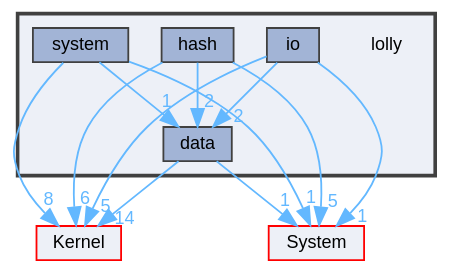
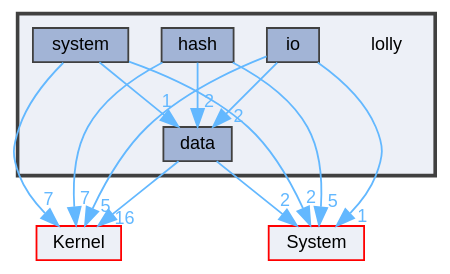
One commit to XmacsLabs/lolly changed the diagram in dir_4e4e38b7a3cbd015b31043c806009c51_dep.dot. Above: the diagram before and after it, drawn with Graphviz. The commit also changed 947 other files, not shown here.

```diff
--- a/dir_4e4e38b7a3cbd015b31043c806009c51_dep.dot
+++ b/dir_4e4e38b7a3cbd015b31043c806009c51_dep.dot
@@ -1,29 +1,29 @@
 digraph "lolly"
 {
  // LATEX_PDF_SIZE
   bgcolor="transparent";
   edge [fontname=Helvetica,fontsize=10,labelfontname=Helvetica,labelfontsize=10];
   node [fontname=Helvetica,fontsize=10,shape=box,height=0.2,width=0.4];
   compound=true
   subgraph clusterdir_4e4e38b7a3cbd015b31043c806009c51 {
     graph [ bgcolor="#edf0f7", pencolor="grey25", label="", fontname=Helvetica,fontsize=10 style="filled,bold", URL="dir_4e4e38b7a3cbd015b31043c806009c51.html",tooltip=""]
     dir_4e4e38b7a3cbd015b31043c806009c51 [shape=plaintext, label="lolly"];
   dir_7d7415eea8157022d4b7478c2ca2ea49 [label="data", fillcolor="#a2b4d6", color="grey25", style="filled", URL="dir_7d7415eea8157022d4b7478c2ca2ea49.html",tooltip=""];
   dir_777c5b6c15201a7a83c1576ee664a918 [label="hash", fillcolor="#a2b4d6", color="grey25", style="filled", URL="dir_777c5b6c15201a7a83c1576ee664a918.html",tooltip=""];
   dir_5dbbbea8d3d07cb325b7c0e63f9dedfb [label="io", fillcolor="#a2b4d6", color="grey25", style="filled", URL="dir_5dbbbea8d3d07cb325b7c0e63f9dedfb.html",tooltip=""];
   dir_8ba5d07975f70f697a351c2217e28ca6 [label="system", fillcolor="#a2b4d6", color="grey25", style="filled", URL="dir_8ba5d07975f70f697a351c2217e28ca6.html",tooltip=""];
   }
   dir_52bed8acfaac088d5968cb2c84d7645d [label="Kernel", fillcolor="#edf0f7", color="red", style="filled", URL="dir_52bed8acfaac088d5968cb2c84d7645d.html",tooltip=""];
   dir_9af51e3826d4f9e80d9103b2de543e84 [label="System", fillcolor="#edf0f7", color="red", style="filled", URL="dir_9af51e3826d4f9e80d9103b2de543e84.html",tooltip=""];
-  dir_7d7415eea8157022d4b7478c2ca2ea49->dir_52bed8acfaac088d5968cb2c84d7645d [headlabel="14", labeldistance=1.5 headhref="dir_000012_000030.html" href="dir_000012_000030.html" color="steelblue1" fontcolor="steelblue1"];
-  dir_7d7415eea8157022d4b7478c2ca2ea49->dir_9af51e3826d4f9e80d9103b2de543e84 [headlabel="1", labeldistance=1.5 headhref="dir_000012_000046.html" href="dir_000012_000046.html" color="steelblue1" fontcolor="steelblue1"];
-  dir_777c5b6c15201a7a83c1576ee664a918->dir_52bed8acfaac088d5968cb2c84d7645d [headlabel="6", labeldistance=1.5 headhref="dir_000021_000030.html" href="dir_000021_000030.html" color="steelblue1" fontcolor="steelblue1"];
+  dir_7d7415eea8157022d4b7478c2ca2ea49->dir_52bed8acfaac088d5968cb2c84d7645d [headlabel="16", labeldistance=1.5 headhref="dir_000012_000030.html" href="dir_000012_000030.html" color="steelblue1" fontcolor="steelblue1"];
+  dir_7d7415eea8157022d4b7478c2ca2ea49->dir_9af51e3826d4f9e80d9103b2de543e84 [headlabel="2", labeldistance=1.5 headhref="dir_000012_000046.html" href="dir_000012_000046.html" color="steelblue1" fontcolor="steelblue1"];
+  dir_777c5b6c15201a7a83c1576ee664a918->dir_52bed8acfaac088d5968cb2c84d7645d [headlabel="7", labeldistance=1.5 headhref="dir_000021_000030.html" href="dir_000021_000030.html" color="steelblue1" fontcolor="steelblue1"];
   dir_777c5b6c15201a7a83c1576ee664a918->dir_7d7415eea8157022d4b7478c2ca2ea49 [headlabel="2", labeldistance=1.5 headhref="dir_000021_000012.html" href="dir_000021_000012.html" color="steelblue1" fontcolor="steelblue1"];
   dir_777c5b6c15201a7a83c1576ee664a918->dir_9af51e3826d4f9e80d9103b2de543e84 [headlabel="5", labeldistance=1.5 headhref="dir_000021_000046.html" href="dir_000021_000046.html" color="steelblue1" fontcolor="steelblue1"];
   dir_5dbbbea8d3d07cb325b7c0e63f9dedfb->dir_52bed8acfaac088d5968cb2c84d7645d [headlabel="5", labeldistance=1.5 headhref="dir_000024_000030.html" href="dir_000024_000030.html" color="steelblue1" fontcolor="steelblue1"];
   dir_5dbbbea8d3d07cb325b7c0e63f9dedfb->dir_7d7415eea8157022d4b7478c2ca2ea49 [headlabel="2", labeldistance=1.5 headhref="dir_000024_000012.html" href="dir_000024_000012.html" color="steelblue1" fontcolor="steelblue1"];
   dir_5dbbbea8d3d07cb325b7c0e63f9dedfb->dir_9af51e3826d4f9e80d9103b2de543e84 [headlabel="1", labeldistance=1.5 headhref="dir_000024_000046.html" href="dir_000024_000046.html" color="steelblue1" fontcolor="steelblue1"];
-  dir_8ba5d07975f70f697a351c2217e28ca6->dir_52bed8acfaac088d5968cb2c84d7645d [headlabel="8", labeldistance=1.5 headhref="dir_000045_000030.html" href="dir_000045_000030.html" color="steelblue1" fontcolor="steelblue1"];
+  dir_8ba5d07975f70f697a351c2217e28ca6->dir_52bed8acfaac088d5968cb2c84d7645d [headlabel="7", labeldistance=1.5 headhref="dir_000045_000030.html" href="dir_000045_000030.html" color="steelblue1" fontcolor="steelblue1"];
   dir_8ba5d07975f70f697a351c2217e28ca6->dir_7d7415eea8157022d4b7478c2ca2ea49 [headlabel="1", labeldistance=1.5 headhref="dir_000045_000012.html" href="dir_000045_000012.html" color="steelblue1" fontcolor="steelblue1"];
-  dir_8ba5d07975f70f697a351c2217e28ca6->dir_9af51e3826d4f9e80d9103b2de543e84 [headlabel="1", labeldistance=1.5 headhref="dir_000045_000046.html" href="dir_000045_000046.html" color="steelblue1" fontcolor="steelblue1"];
+  dir_8ba5d07975f70f697a351c2217e28ca6->dir_9af51e3826d4f9e80d9103b2de543e84 [headlabel="2", labeldistance=1.5 headhref="dir_000045_000046.html" href="dir_000045_000046.html" color="steelblue1" fontcolor="steelblue1"];
 }
```
